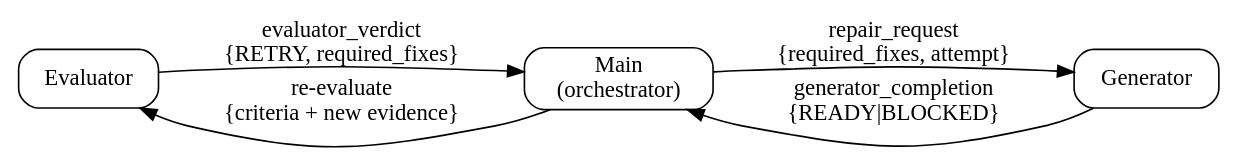
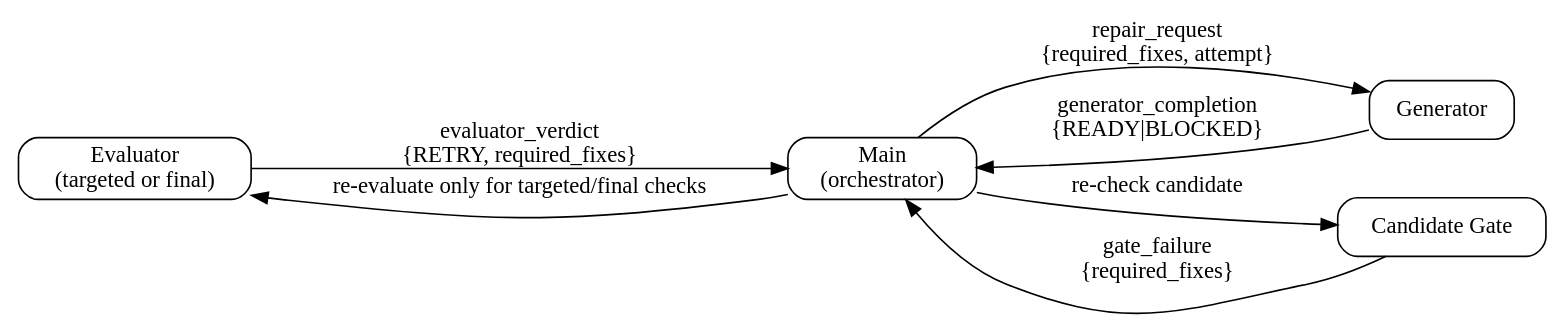
The second of 2 diagrams in skills/pge-exec/handoffs/generator.md (feng-y/pge), drawn with Graphviz before and after one commit. The commit also changed other lines of this file and 5 other files, not shown here.

Commit message:
Revise pge-exec final verification flow

````diff
--- a/skills/pge-exec/handoffs/generator.md
+++ b/skills/pge-exec/handoffs/generator.md
@@ -141,15 +141,18 @@
 ```dot
 digraph repair_loop {
   rankdir=LR;
   node [shape=box, style=rounded];
 
-  eval [label="Evaluator"];
+  eval [label="Evaluator\n(targeted or final)"];
   main [label="Main\n(orchestrator)"];
   gen [label="Generator"];
+  gate [label="Candidate Gate"];
 
+  gate -> main [label="gate_failure\n{required_fixes}"];
   eval -> main [label="evaluator_verdict\n{RETRY, required_fixes}"];
   main -> gen [label="repair_request\n{required_fixes, attempt}"];
   gen -> main [label="generator_completion\n{READY|BLOCKED}"];
-  main -> eval [label="re-evaluate\n{criteria + new evidence}"];
+  main -> gate [label="re-check candidate"];
+  main -> eval [label="re-evaluate only for targeted/final checks"];
 }
 ```
````
